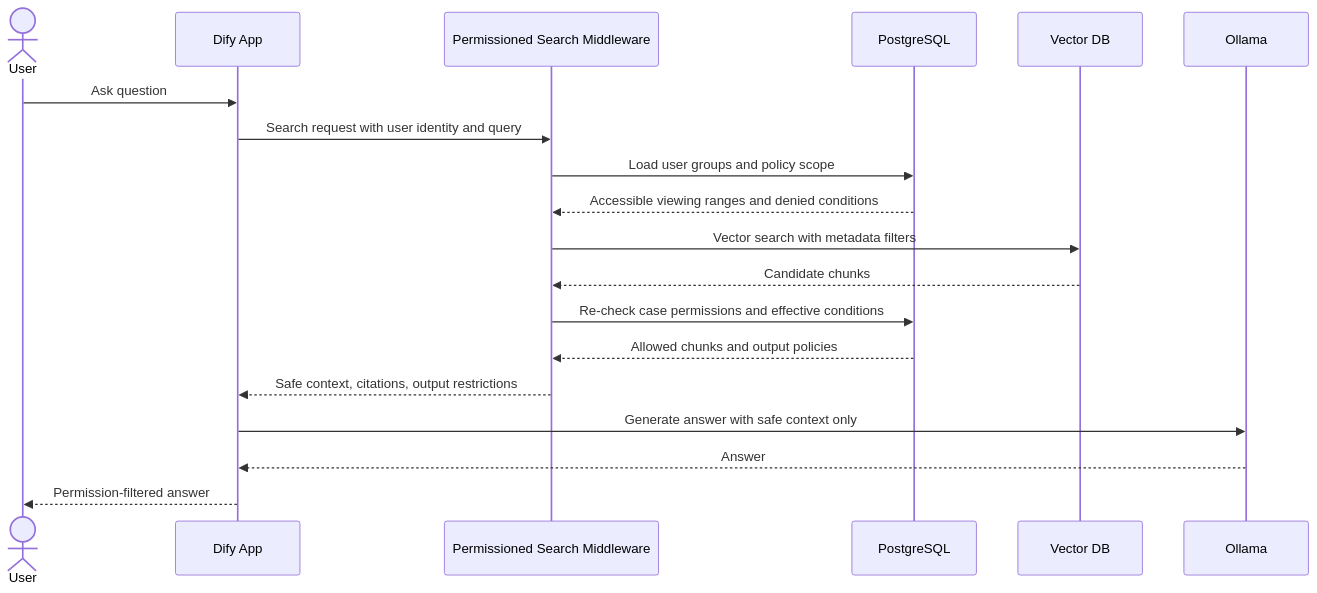
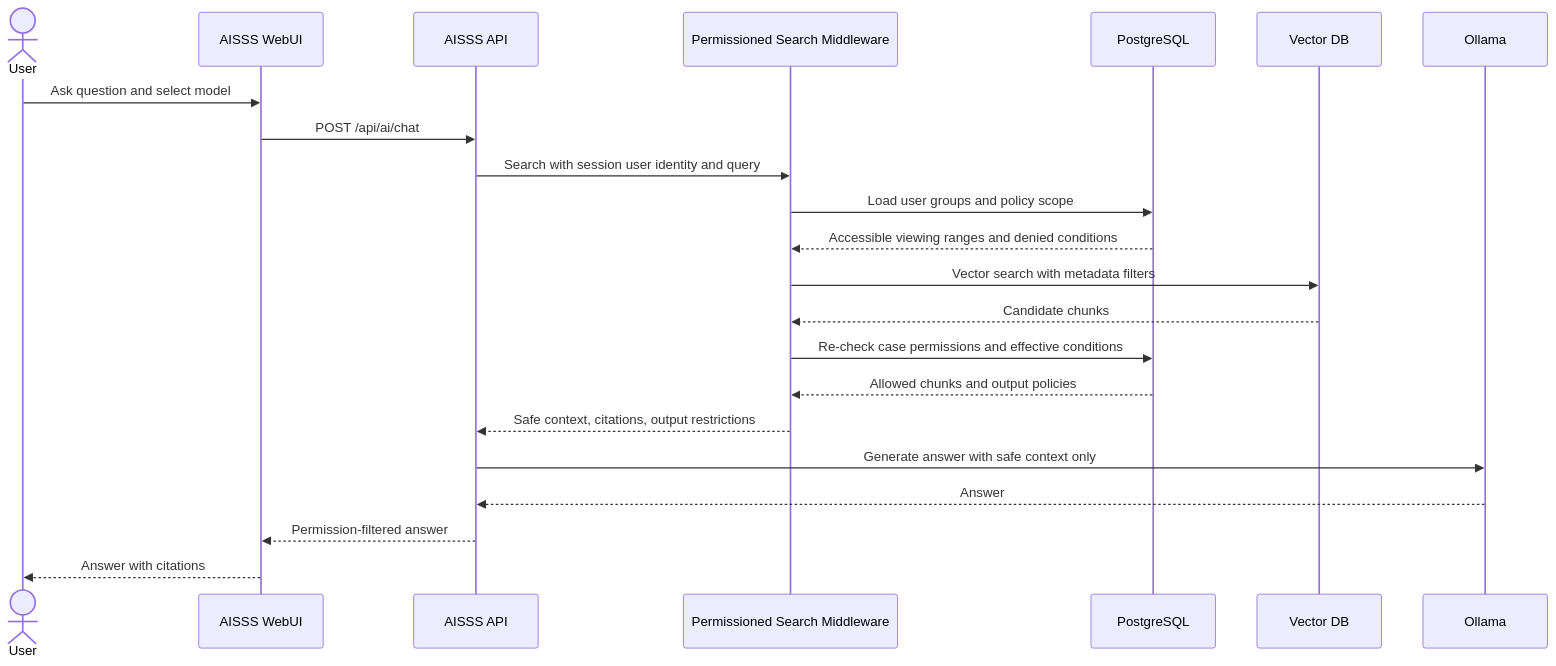
The diagram in docs/06-rag-permission-design.md (matrix9neonebuchadnezzar2199-sketch/Aisss), drawn with Mermaid before and after one commit. The commit also changed other lines of this file and 28 other files, not shown here.

First line of the commit message:
docs(arch): remove Dify and adopt native Ollama AISSS design

````diff
--- a/docs/06-rag-permission-design.md
+++ b/docs/06-rag-permission-design.md
@@ -11,22 +11,25 @@
 ```mermaid
 sequenceDiagram
   actor User
-  participant Dify as Dify App
+  participant WebUI as AISSS WebUI
+  participant API as AISSS API
   participant Search as Permissioned Search Middleware
   participant DB as PostgreSQL
   participant Vector as Vector DB
   participant LLM as Ollama
 
-  User->>Dify: Ask question
-  Dify->>Search: Search request with user identity and query
+  User->>WebUI: Ask question and select model
+  WebUI->>API: POST /api/ai/chat
+  API->>Search: Search with session user identity and query
   Search->>DB: Load user groups and policy scope
   DB-->>Search: Accessible viewing ranges and denied conditions
   Search->>Vector: Vector search with metadata filters
   Vector-->>Search: Candidate chunks
   Search->>DB: Re-check case permissions and effective conditions
   DB-->>Search: Allowed chunks and output policies
-  Search-->>Dify: Safe context, citations, output restrictions
-  Dify->>LLM: Generate answer with safe context only
-  LLM-->>Dify: Answer
-  Dify-->>User: Permission-filtered answer
+  Search-->>API: Safe context, citations, output restrictions
+  API->>LLM: Generate answer with safe context only
+  LLM-->>API: Answer
+  API-->>WebUI: Permission-filtered answer
+  WebUI-->>User: Answer with citations
 ```
````
